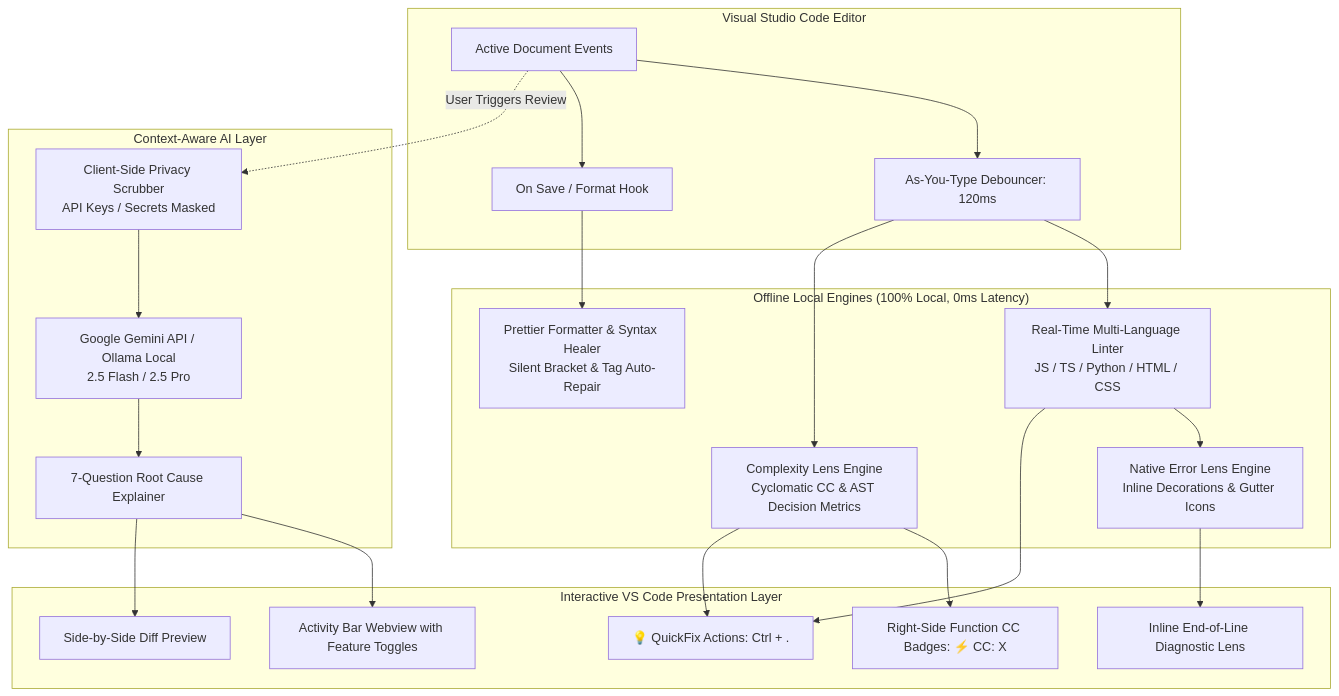
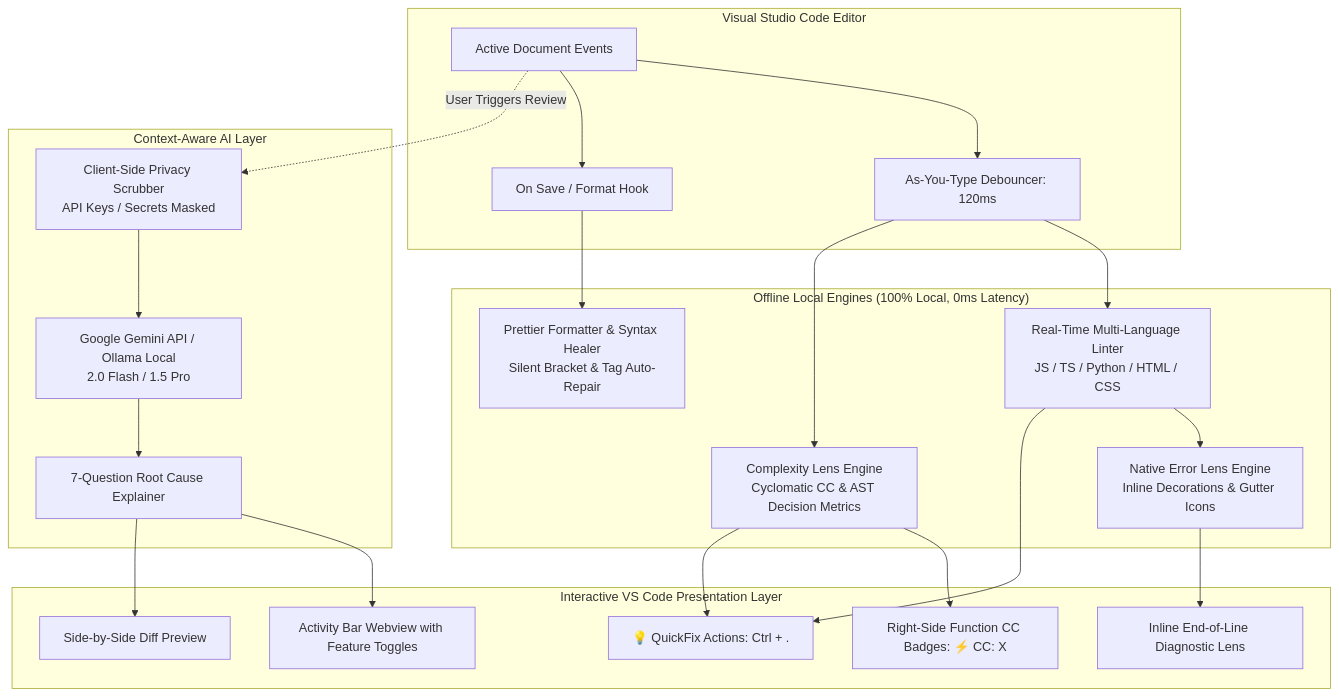
One commit to krishna-Deshmukh13/Fixora-AI---Extension changed the diagram in README.md. Above: the diagram before and after it, drawn with Mermaid. The commit also changed other lines of this file and 32 other files, not shown here.

````diff
--- a/README.md
+++ b/README.md
@@ -100,48 +101,48 @@
 ```mermaid
 flowchart TD
     subgraph Editor ["Visual Studio Code Editor"]
         Doc[Active Document Events]
         Keystroke[As-You-Type Debouncer: 120ms]
         SaveEvent[On Save / Format Hook]
     end
 
     subgraph OfflineCores ["Offline Local Engines (100% Local, 0ms Latency)"]
         Linter[Real-Time Multi-Language Linter\nJS / TS / Python / HTML / CSS]
         Complexity[Complexity Lens Engine\nCyclomatic CC & AST Decision Metrics]
         ErrorLens[Native Error Lens Engine\nInline Decorations & Gutter Icons]
         Formatter[Prettier Formatter & Syntax Healer\nSilent Bracket & Tag Auto-Repair]
     end
 
     subgraph AICloud ["Context-Aware AI Layer"]
         SecretScrubber[Client-Side Privacy Scrubber\nAPI Keys / Secrets Masked]
-        Gemini[Google Gemini API / Ollama Local\n2.5 Flash / 2.5 Pro]
+        Gemini[Google Gemini API / Ollama Local\n2.0 Flash / 1.5 Pro]
         ExplainEngine[7-Question Root Cause Explainer]
     end
 
     subgraph Presentation ["Interactive VS Code Presentation Layer"]
         InlineDeco[Inline End-of-Line Diagnostic Lens]
         RightDeco[Right-Side Function CC Badges: ⚡ CC: X]
         Lightbulb[💡 QuickFix Actions: Ctrl + .]
         SidebarUI[Activity Bar Webview with Feature Toggles]
         DiffView[Side-by-Side Diff Preview]
     end
 
     Doc --> Keystroke
     Doc --> SaveEvent
 
     Keystroke --> Linter
     Keystroke --> Complexity
     SaveEvent --> Formatter
 
     Linter --> ErrorLens
     Complexity --> RightDeco
     Complexity --> Lightbulb
     Linter --> Lightbulb
     ErrorLens --> InlineDeco
 
     Doc -.->|User Triggers Review| SecretScrubber
     SecretScrubber --> Gemini
     Gemini --> ExplainEngine
     ExplainEngine --> SidebarUI
     ExplainEngine --> DiffView
 ```
````
